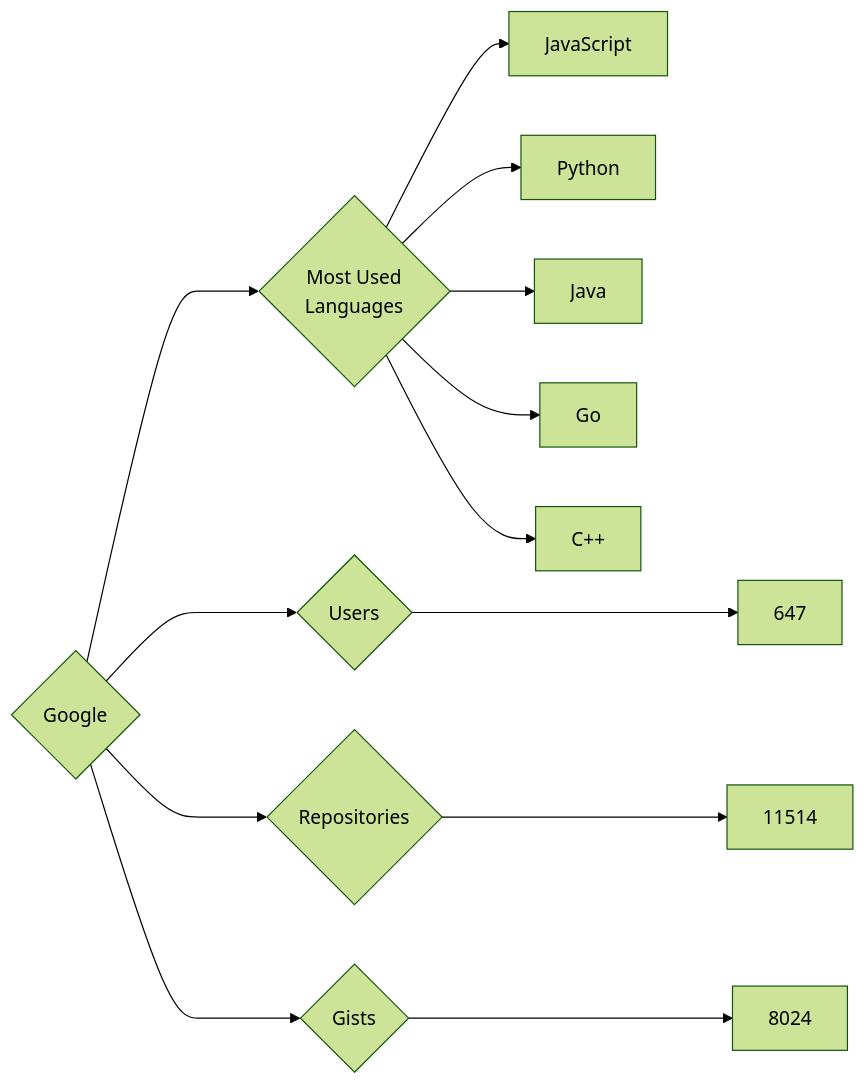
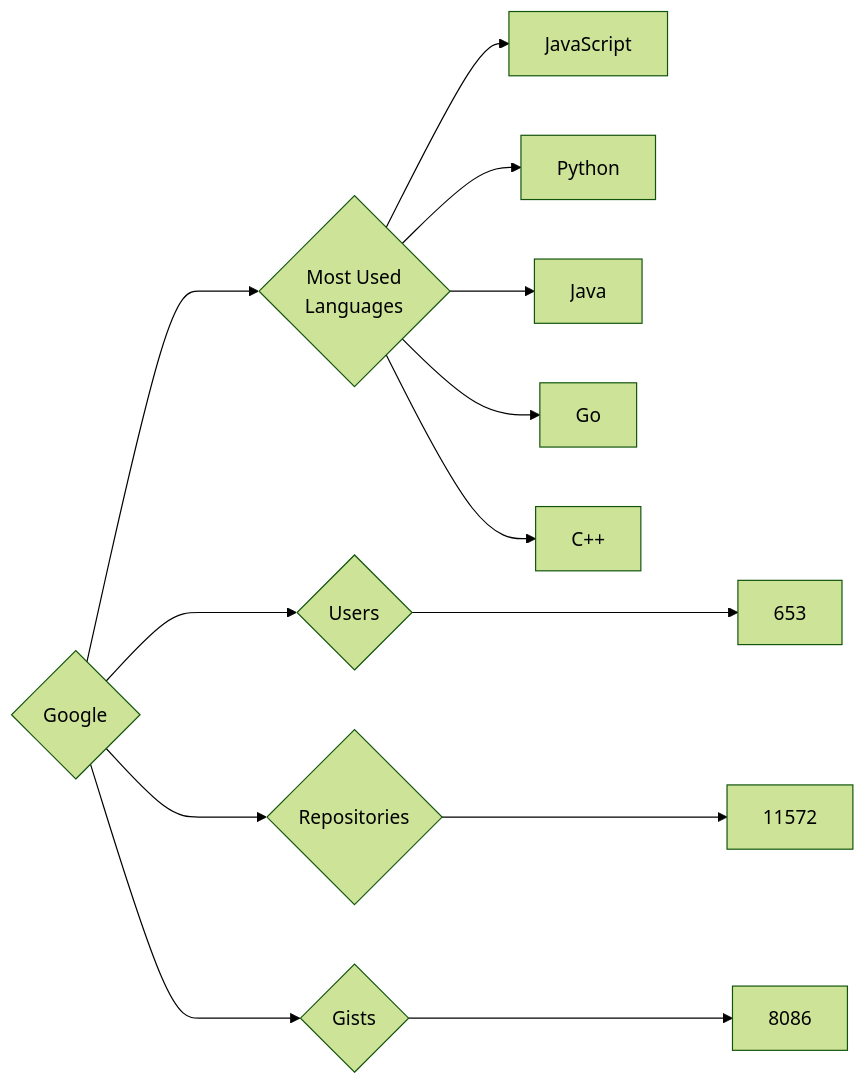
One commit to trickest/insiders changed the diagram in targets/Google/README.md. Above: the diagram before and after it, drawn with Mermaid (forest theme). The commit also changed 553 other files, not shown here.

````diff
--- a/targets/Google/README.md
+++ b/targets/Google/README.md
@@ -3,13 +3,13 @@
 ```mermaid
 graph LR
 COMPANY_NAME{Google}
-COMPANY_NAME ---> U{Users} ---> UN[647]
-COMPANY_NAME ---> R{Repositories} ---> RN[11514]
-COMPANY_NAME ---> G{Gists} ---> GN[8024]
+COMPANY_NAME ---> U{Users} ---> UN[653]
+COMPANY_NAME ---> R{Repositories} ---> RN[11572]
+COMPANY_NAME ---> G{Gists} ---> GN[8086]
 COMPANY_NAME ---> ML{Most Used<br>Languages}
 ML --> JavaScript[JavaScript]
 ML --> Python[Python]
 ML --> Java[Java]
 ML --> Go[Go]
 ML --> C++[C++]
 ```
````
